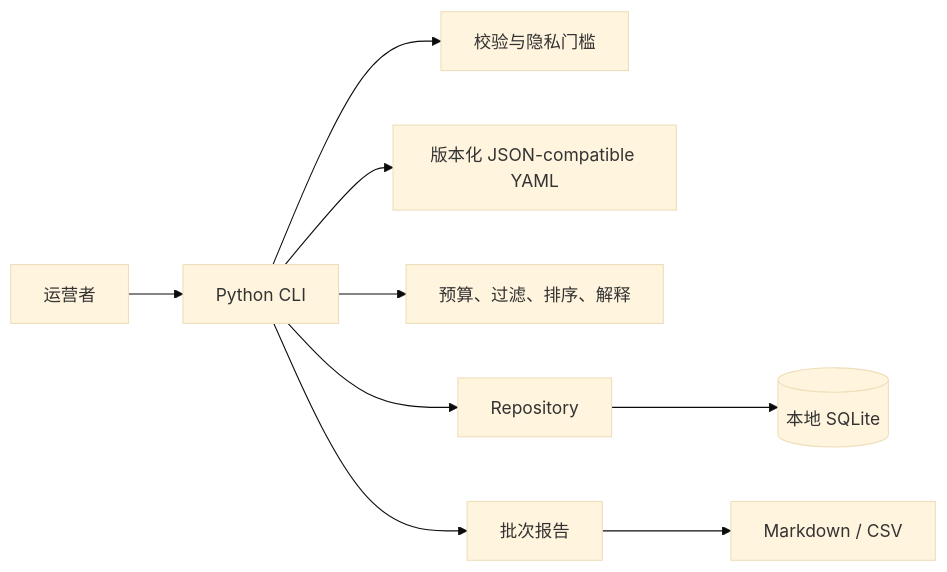
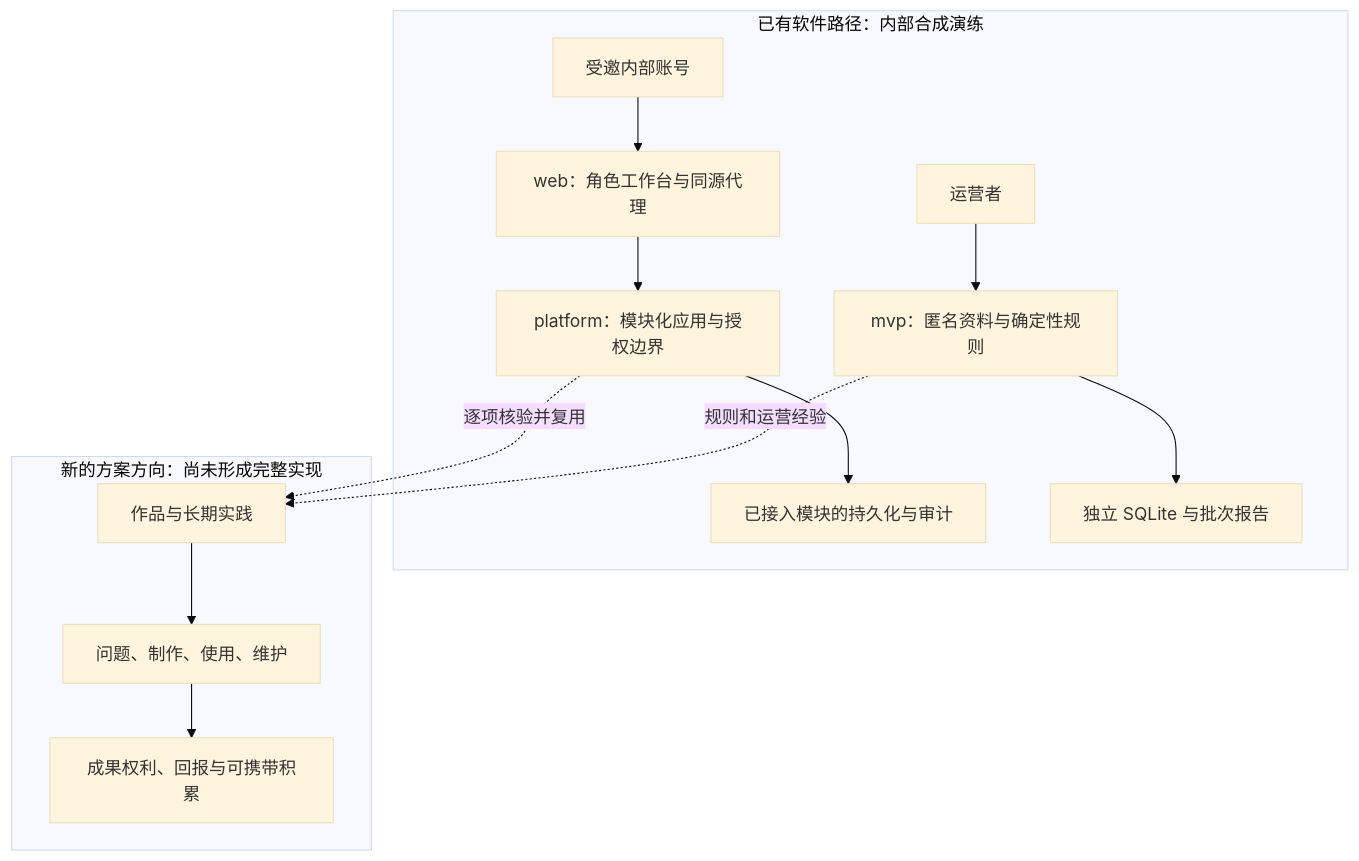
The diagram in docs/architecture/overview.md (BillShiyaoZhang/desire-supply), drawn with Mermaid (base theme) before and after one commit. The commit also changed other lines of this file and 18 other files, not shown here.

````diff
--- a/docs/architecture/overview.md
+++ b/docs/architecture/overview.md
@@ -46,11 +14,16 @@
 ```mermaid
-flowchart LR
-    U["运营者"] --> CLI["Python CLI"]
-    CLI --> VAL["校验与隐私门槛"]
-    CLI --> RULES["版本化 JSON-compatible YAML"]
-    CLI --> ENGINE["预算、过滤、排序、解释"]
-    CLI --> REPO["Repository"]
-    REPO --> DB[("本地 SQLite")]
-    CLI --> REPORT["批次报告"]
-    REPORT --> FILES["Markdown / CSV"]
+flowchart TB
+    subgraph CURRENT["已有软件路径：内部合成演练"]
+      U["受邀内部账号"] --> WEB["web：角色工作台与同源代理"]
+      WEB --> PLATFORM["platform：模块化应用与授权边界"]
+      PLATFORM --> STORE["已接入模块的持久化与审计"]
+      O["运营者"] --> CLI["mvp：匿名资料与确定性规则"]
+      CLI --> SQLITE["独立 SQLite 与批次报告"]
+    end
+    subgraph TARGET["新的方案方向：尚未形成完整实现"]
+      WORK["作品与长期实践"] --> LIFE["问题、制作、使用、维护"]
+      LIFE --> RIGHTS["成果权利、回报与可携带积累"]
+    end
+    PLATFORM -. "逐项核验并复用" .-> WORK
+    CLI -. "规则和运营经验" .-> WORK
 ```
````
